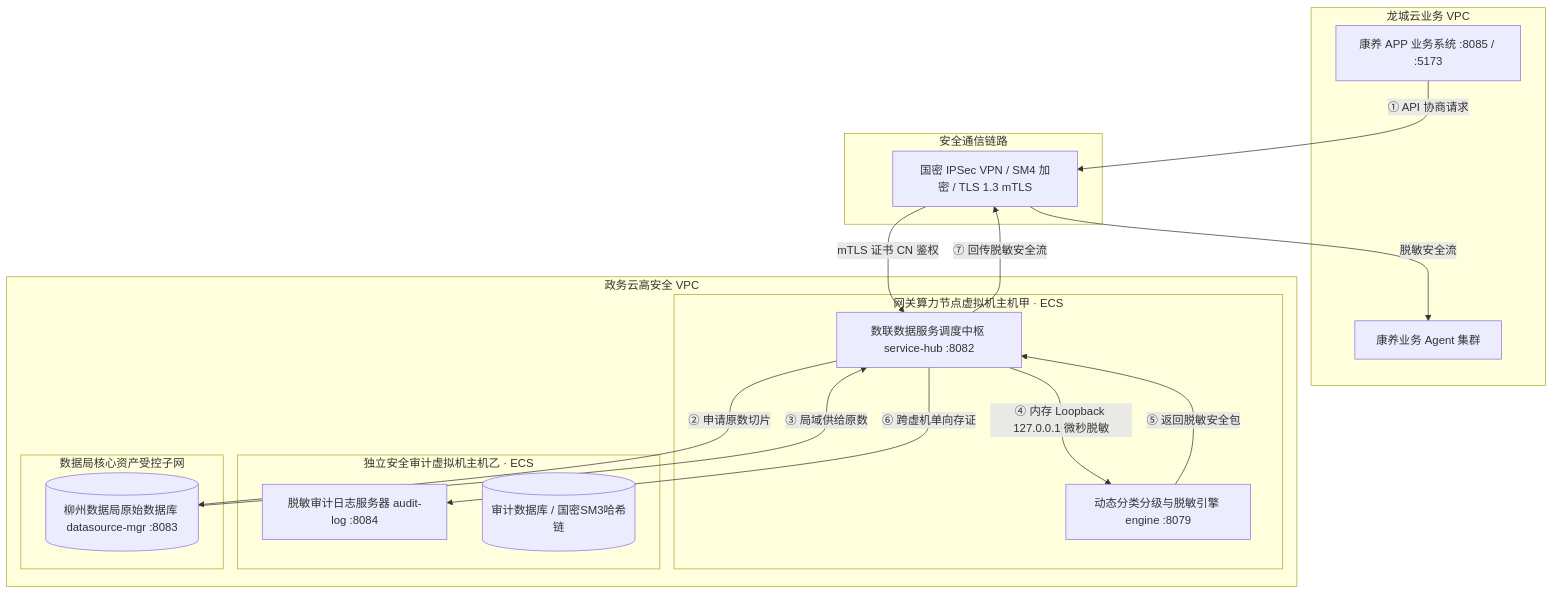
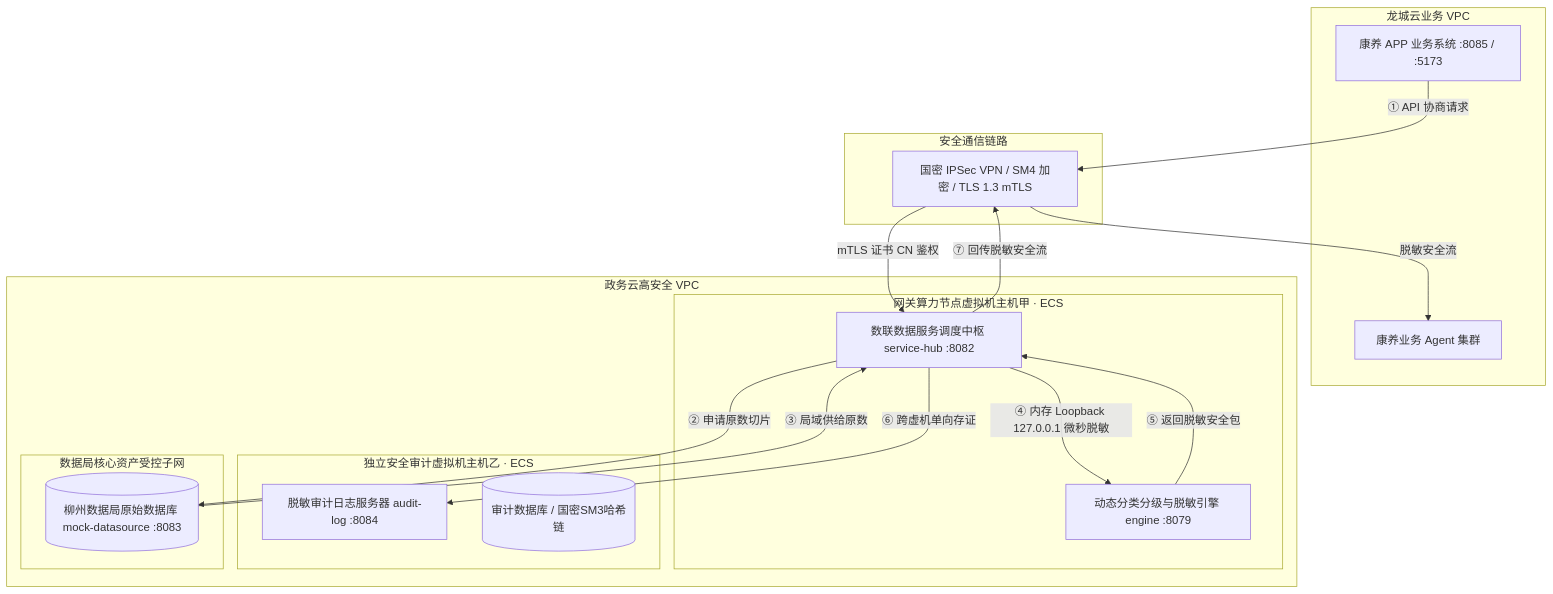
The first of 2 diagrams in docs/architecture/柳州市医疗健康数据分类分级与隐私脱敏算法标准规范.md (fengzhizi319/PrivShield-go), drawn with Mermaid before and after one commit. The commit also changed 10 other files, not shown here.

Commit message:
docs(architecture): align all architecture documents with v3.0 specification

````diff
--- a/docs/architecture/柳州市医疗健康数据分类分级与隐私脱敏算法标准规范.md
+++ b/docs/architecture/柳州市医疗健康数据分类分级与隐私脱敏算法标准规范.md
@@ -204,37 +204,37 @@
 ```mermaid
 graph TD
     subgraph ClientZone [龙城云业务 VPC]
         AppLZ[康养 APP 业务系统 :8085 / :5173]
         AgentLZ[康养业务 Agent 集群]
     end
 
     subgraph VPNChannel [安全通信链路]
         VPN[国密 IPSec VPN / SM4 加密 / TLS 1.3 mTLS]
     end
 
     subgraph GovCloudZone [政务云高安全 VPC]
         subgraph VM1 [网关算力节点虚拟机主机甲 · ECS]
             Hub[数联数据服务调度中枢 service-hub :8082]
             Engine[动态分类分级与脱敏引擎 engine :8079]
         end
 
         subgraph VM2 [独立安全审计虚拟机主机乙 · ECS]
             Audit[脱敏审计日志服务器 audit-log :8084]
             AuditDB[(审计数据库 / 国密SM3哈希链)]
         end
 
         subgraph BureauSubnet [数据局核心资产受控子网]
-            DB[(柳州数据局原始数据库 datasource-mgr :8083)]
+            DB[(柳州数据局原始数据库 mock-datasource :8083)]
         end
     end
 
     AppLZ -->|① API 协商请求| VPN
     VPN -->|mTLS 证书 CN 鉴权| Hub
     Hub -->|② 申请原数切片| DB
     DB -->|③ 局域供给原数| Hub
     Hub -->|④ 内存 Loopback 127.0.0.1 微秒脱敏| Engine
     Engine -->|⑤ 返回脱敏安全包| Hub
     Hub -->|⑥ 跨虚机单向存证| Audit
     Hub -->|⑦ 回传脱敏安全流| VPN
     VPN -->|脱敏安全流| AgentLZ
 ```
````
